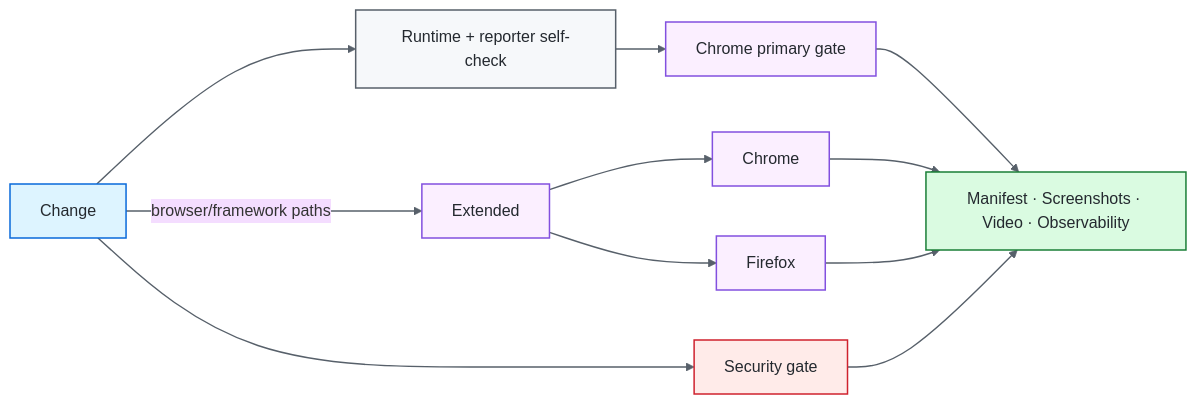
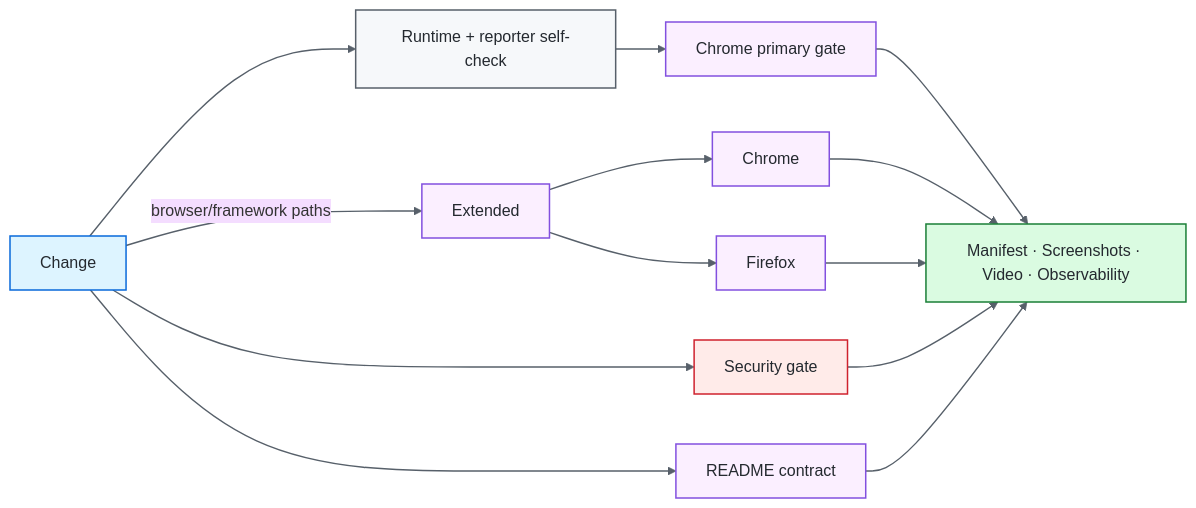
Before and after one commit to portyu9/qa-automation-ui-cypress: the first of 3 diagrams in README.md, drawn with Mermaid (base theme). The commit also changed other lines of this file and 2 other files, not shown here.

````diff
--- a/README.md
+++ b/README.md
@@ -32,25 +34,27 @@
 ```mermaid
 flowchart LR
     CHANGE[Change] --> CFG[Runtime + reporter self-check]
     CFG --> CH[Chrome primary gate]
     CHANGE --> SEC[Security gate]
+    CHANGE --> DOCS[README contract]
     CHANGE -->|browser/framework paths| EXT[Extended]
     EXT --> C[Chrome]
     EXT --> F[Firefox]
     CH --> EV[Manifest · Screenshots · Video · Observability]
     C --> EV
     F --> EV
     SEC --> EV
+    DOCS --> EV
 
     classDef entry fill:#ddf4ff,stroke:#0969da,color:#24292f,stroke-width:1.5px;
     classDef core fill:#f6f8fa,stroke:#57606a,color:#24292f,stroke-width:1.5px;
     classDef gate fill:#fbefff,stroke:#8250df,color:#24292f,stroke-width:1.5px;
     classDef evidence fill:#dafbe1,stroke:#1a7f37,color:#24292f,stroke-width:1.5px;
     classDef security fill:#ffebe9,stroke:#cf222e,color:#24292f,stroke-width:1.5px;
     class CHANGE entry;
     class CFG core;
-    class CH,EXT,C,F gate;
+    class CH,EXT,C,F,DOCS gate;
     class SEC security;
     class EV evidence;
     linkStyle default stroke:#57606a,stroke-width:1.4px;
 ```
````
